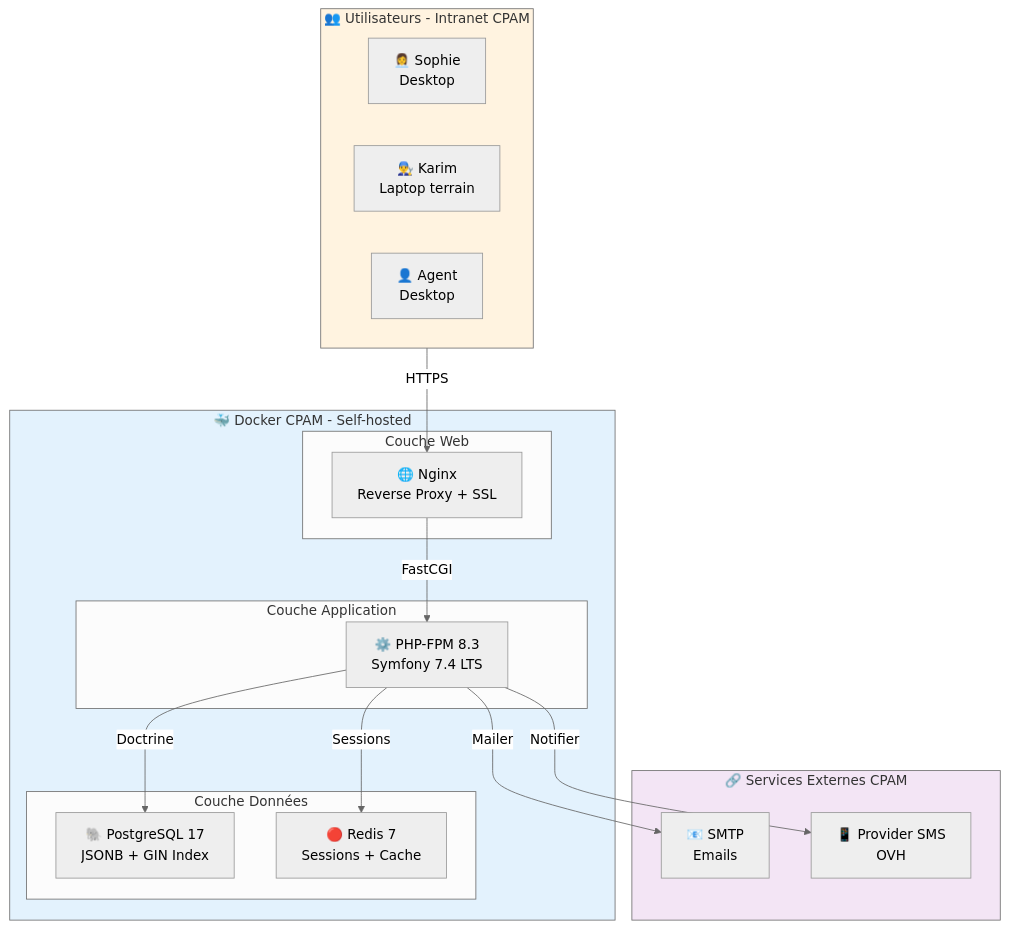
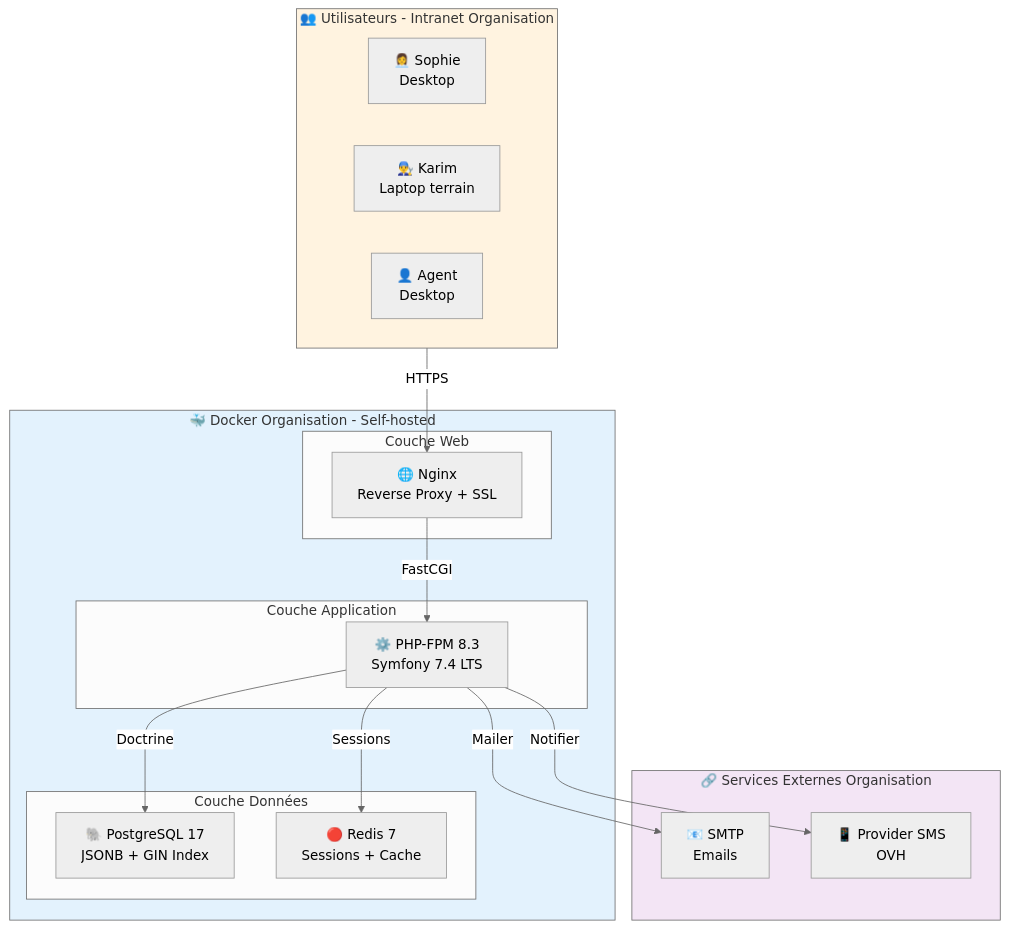
Before and after one commit to ElegAlex/OPSTRACKER: diagram 15 of 36 in COMITOLOGIE/Présentation.md, drawn with Mermaid (neutral theme). The commit also changed other lines of this file and 47 other files, not shown here.

````diff
--- a/COMITOLOGIE/Présentation.md
+++ b/COMITOLOGIE/Présentation.md
@@ -489,39 +489,39 @@
 ```mermaid
 flowchart TB
-    subgraph Users["👥 Utilisateurs - Intranet CPAM"]
+    subgraph Users["👥 Utilisateurs - Intranet Organisation"]
         SOPH["👩‍💼 Sophie<br/>Desktop"]
         KAR["👨‍🔧 Karim<br/>Laptop terrain"]
         AGT["👤 Agent<br/>Desktop"]
     end
     
-    subgraph Docker["🐳 Docker CPAM - Self-hosted"]
+    subgraph Docker["🐳 Docker Organisation - Self-hosted"]
         subgraph Web["Couche Web"]
             NGINX["🌐 Nginx<br/>Reverse Proxy + SSL"]
         end
         
         subgraph App["Couche Application"]
             PHP["⚙️ PHP-FPM 8.3<br/>Symfony 7.4 LTS"]
         end
         
         subgraph Data["Couche Données"]
             PG["🐘 PostgreSQL 17<br/>JSONB + GIN Index"]
             REDIS["🔴 Redis 7<br/>Sessions + Cache"]
         end
     end
     
-    subgraph External["🔗 Services Externes CPAM"]
+    subgraph External["🔗 Services Externes Organisation"]
         SMTP["📧 SMTP<br/>Emails"]
         SMS["📱 Provider SMS<br/>OVH"]
     end
     
     Users -->|"HTTPS"| NGINX
     NGINX -->|"FastCGI"| PHP
     PHP -->|"Doctrine"| PG
     PHP -->|"Sessions"| REDIS
     PHP -->|"Mailer"| SMTP
     PHP -->|"Notifier"| SMS
     
     style Docker fill:#e3f2fd
     style Users fill:#fff3e0
     style External fill:#f3e5f5
 ```
````
